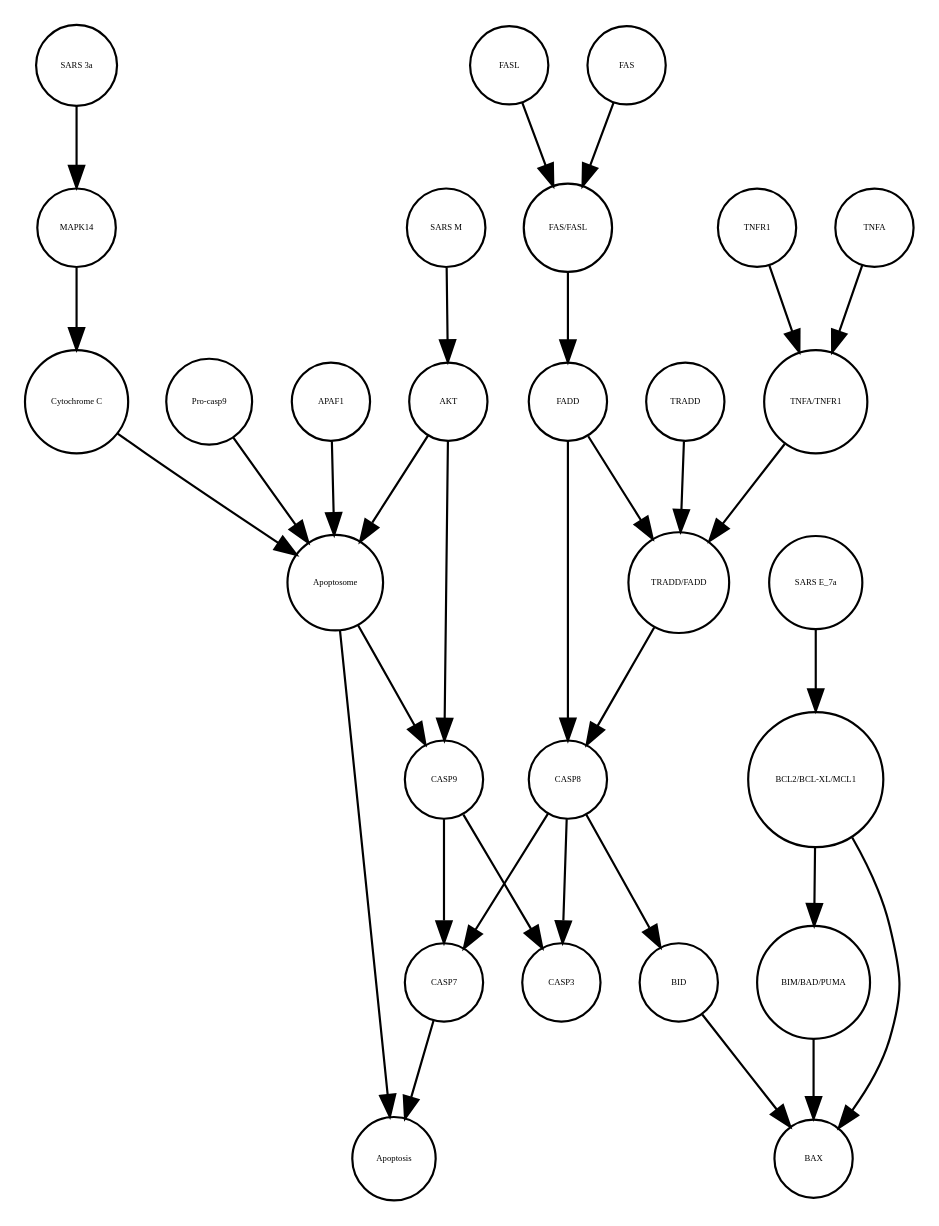
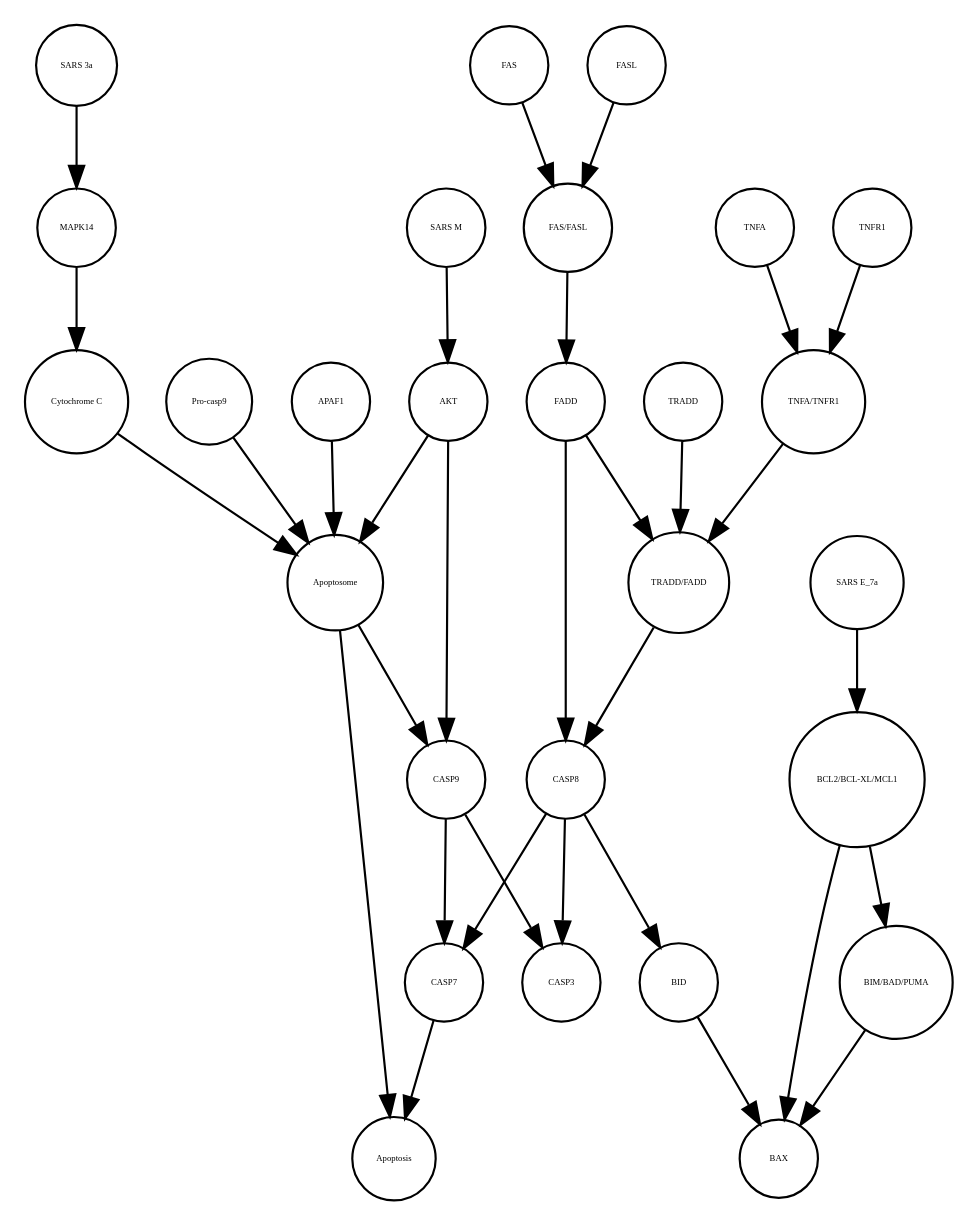
The diagram in Apoptosis_VS_SSA_AN.xml_projected.dot (cannin/covid19-sbgn), drawn with Graphviz before and after one commit. The commit also changed other lines of this file and 620 other files, not shown here.

```diff
--- a/Apoptosis_VS_SSA_AN.xml_projected.dot
+++ b/Apoptosis_VS_SSA_AN.xml_projected.dot
@@ -1,60 +1,60 @@
 strict digraph  {
 CASP7 [annotation="", bipartite=0, cls=macromolecule, fontsize=4, label=CASP7, shape=circle];
 Apoptosis [annotation="", bipartite=0, cls=phenotype, fontsize=4, label=Apoptosis, shape=circle];
 Apoptosome [annotation="", bipartite=0, cls=complex, fontsize=4, label=Apoptosome, shape=circle];
 CASP9 [annotation="", bipartite=0, cls=macromolecule, fontsize=4, label=CASP9, shape=circle];
+"SARS 3a" [annotation="", bipartite=0, cls=macromolecule, fontsize=4, label="SARS 3a", shape=circle];
+CASP8 [annotation="", bipartite=0, cls=macromolecule, fontsize=4, label=CASP8, shape=circle];
+CASP3 [annotation="", bipartite=0, cls=macromolecule, fontsize=4, label=CASP3, shape=circle];
+"FAS/FASL" [annotation="", bipartite=0, cls=complex, fontsize=4, label="FAS/FASL", shape=circle];
 TRADD [annotation="", bipartite=0, cls=macromolecule, fontsize=4, label=TRADD, shape=circle];
+"SARS E_7a" [annotation="", bipartite=0, cls=macromolecule, fontsize=4, label="SARS E_7a", shape=circle];
+"TRADD/FADD" [annotation="", bipartite=0, cls=complex, fontsize=4, label="TRADD/FADD", shape=circle];
+APAF1 [annotation="", bipartite=0, cls=macromolecule, fontsize=4, label=APAF1, shape=circle];
+BID [annotation="", bipartite=0, cls=macromolecule, fontsize=4, label=BID, shape=circle];
+"SARS M" [annotation="", bipartite=0, cls=macromolecule, fontsize=4, label="SARS M", shape=circle];
+"BCL2/BCL-XL/MCL1" [annotation="", bipartite=0, cls=complex, fontsize=4, label="BCL2/BCL-XL/MCL1", shape=circle];
+"TNFA/TNFR1" [annotation="", bipartite=0, cls=complex, fontsize=4, label="TNFA/TNFR1", shape=circle];
+AKT [annotation="", bipartite=0, cls=macromolecule, fontsize=4, label=AKT, shape=circle];
+FASL [annotation="", bipartite=0, cls=macromolecule, fontsize=4, label=FASL, shape=circle];
+"Pro-casp9" [annotation="", bipartite=0, cls=macromolecule, fontsize=4, label="Pro-casp9", shape=circle];
+FADD [annotation="", bipartite=0, cls=macromolecule, fontsize=4, label=FADD, shape=circle];
+TNFA [annotation="", bipartite=0, cls=macromolecule, fontsize=4, label=TNFA, shape=circle];
 "BIM/BAD/PUMA" [annotation="", bipartite=0, cls=complex, fontsize=4, label="BIM/BAD/PUMA", shape=circle];
-"SARS E_7a" [annotation="", bipartite=0, cls=macromolecule, fontsize=4, label="SARS E_7a", shape=circle];
-"TNFA/TNFR1" [annotation="", bipartite=0, cls=complex, fontsize=4, label="TNFA/TNFR1", shape=circle];
-"FAS/FASL" [annotation="", bipartite=0, cls=complex, fontsize=4, label="FAS/FASL", shape=circle];
-CASP8 [annotation="", bipartite=0, cls=macromolecule, fontsize=4, label=CASP8, shape=circle];
+BAX [annotation="", bipartite=0, cls=macromolecule, fontsize=4, label=BAX, shape=circle];
 MAPK14 [annotation="", bipartite=0, cls=macromolecule, fontsize=4, label=MAPK14, shape=circle];
+TNFR1 [annotation="", bipartite=0, cls=macromolecule, fontsize=4, label=TNFR1, shape=circle];
+"Cytochrome C" [annotation="", bipartite=0, cls=macromolecule, fontsize=4, label="Cytochrome C", shape=circle];
 FAS [annotation="", bipartite=0, cls=macromolecule, fontsize=4, label=FAS, shape=circle];
-"BCL2/BCL-XL/MCL1" [annotation="", bipartite=0, cls=complex, fontsize=4, label="BCL2/BCL-XL/MCL1", shape=circle];
-CASP3 [annotation="", bipartite=0, cls=macromolecule, fontsize=4, label=CASP3, shape=circle];
-"Cytochrome C" [annotation="", bipartite=0, cls=macromolecule, fontsize=4, label="Cytochrome C", shape=circle];
-"TRADD/FADD" [annotation="", bipartite=0, cls=complex, fontsize=4, label="TRADD/FADD", shape=circle];
-TNFR1 [annotation="", bipartite=0, cls=macromolecule, fontsize=4, label=TNFR1, shape=circle];
-FASL [annotation="", bipartite=0, cls=macromolecule, fontsize=4, label=FASL, shape=circle];
-"SARS 3a" [annotation="", bipartite=0, cls=macromolecule, fontsize=4, label="SARS 3a", shape=circle];
-TNFA [annotation="", bipartite=0, cls=macromolecule, fontsize=4, label=TNFA, shape=circle];
-"SARS M" [annotation="", bipartite=0, cls=macromolecule, fontsize=4, label="SARS M", shape=circle];
-FADD [annotation="", bipartite=0, cls=macromolecule, fontsize=4, label=FADD, shape=circle];
-AKT [annotation="", bipartite=0, cls=macromolecule, fontsize=4, label=AKT, shape=circle];
-BID [annotation="", bipartite=0, cls=macromolecule, fontsize=4, label=BID, shape=circle];
-"Pro-casp9" [annotation="", bipartite=0, cls=macromolecule, fontsize=4, label="Pro-casp9", shape=circle];
-BAX [annotation="", bipartite=0, cls=macromolecule, fontsize=4, label=BAX, shape=circle];
-APAF1 [annotation="", bipartite=0, cls=macromolecule, fontsize=4, label=APAF1, shape=circle];
 CASP7 -> Apoptosis  [annotation="", interaction_type=stimulation];
 Apoptosome -> Apoptosis  [annotation="", interaction_type=stimulation];
 Apoptosome -> CASP9  [annotation="urn_miriam_kegg.pathway_hsa04210", interaction_type=catalysis];
 CASP9 -> CASP3  [annotation="urn_miriam_kegg.pathway_hsa04210", interaction_type=catalysis];
 CASP9 -> CASP7  [annotation="urn_miriam_kegg.pathway_hsa04210", interaction_type=catalysis];
+"SARS 3a" -> MAPK14  [annotation=urn_miriam_pubmed_31226023, interaction_type=catalysis];
+CASP8 -> CASP3  [annotation="urn_miriam_kegg.pathway_hsa04210", interaction_type=catalysis];
+CASP8 -> BID  [annotation="urn_miriam_kegg.pathway_hsa04210", interaction_type=catalysis];
+CASP8 -> CASP7  [annotation="urn_miriam_kegg.pathway_hsa04210", interaction_type=catalysis];
+"FAS/FASL" -> FADD  [annotation="urn_miriam_kegg.pathway_hsa04210", interaction_type=catalysis];
 TRADD -> "TRADD/FADD"  [annotation="", interaction_type=production];
-"BIM/BAD/PUMA" -> BAX  [annotation=urn_miriam_pubmed_31226023, interaction_type=catalysis];
 "SARS E_7a" -> "BCL2/BCL-XL/MCL1"  [annotation="", interaction_type=inhibition];
+"TRADD/FADD" -> CASP8  [annotation="urn_miriam_kegg.pathway_hsa04210", interaction_type=catalysis];
+APAF1 -> Apoptosome  [annotation="", interaction_type=production];
+BID -> BAX  [annotation=urn_miriam_pubmed_31226023, interaction_type=catalysis];
+"SARS M" -> AKT  [annotation=urn_miriam_pubmed_31226023, interaction_type=inhibition];
+"BCL2/BCL-XL/MCL1" -> "BIM/BAD/PUMA"  [annotation="", interaction_type=inhibition];
+"BCL2/BCL-XL/MCL1" -> BAX  [annotation=urn_miriam_pubmed_31226023, interaction_type=inhibition];
 "TNFA/TNFR1" -> "TRADD/FADD"  [annotation="urn_miriam_kegg.pathway_hsa04210", interaction_type=catalysis];
-"FAS/FASL" -> FADD  [annotation="urn_miriam_kegg.pathway_hsa04210", interaction_type=catalysis];
-CASP8 -> CASP3  [annotation="urn_miriam_kegg.pathway_hsa04210", interaction_type=catalysis];
-CASP8 -> CASP7  [annotation="urn_miriam_kegg.pathway_hsa04210", interaction_type=catalysis];
-CASP8 -> BID  [annotation="urn_miriam_kegg.pathway_hsa04210", interaction_type=catalysis];
-MAPK14 -> "Cytochrome C"  [annotation="urn_miriam_kegg.pathway_hsa04210|urn_miriam_pubmed_31226023", interaction_type=catalysis];
-FAS -> "FAS/FASL"  [annotation="", interaction_type=production];
-"BCL2/BCL-XL/MCL1" -> BAX  [annotation=urn_miriam_pubmed_31226023, interaction_type=inhibition];
-"BCL2/BCL-XL/MCL1" -> "BIM/BAD/PUMA"  [annotation="", interaction_type=inhibition];
-"Cytochrome C" -> Apoptosome  [annotation="", interaction_type=production];
-"TRADD/FADD" -> CASP8  [annotation="urn_miriam_kegg.pathway_hsa04210", interaction_type=catalysis];
-TNFR1 -> "TNFA/TNFR1"  [annotation="", interaction_type=production];
-FASL -> "FAS/FASL"  [annotation="", interaction_type=production];
-"SARS 3a" -> MAPK14  [annotation=urn_miriam_pubmed_31226023, interaction_type=catalysis];
-TNFA -> "TNFA/TNFR1"  [annotation="", interaction_type=production];
-"SARS M" -> AKT  [annotation=urn_miriam_pubmed_31226023, interaction_type=inhibition];
-FADD -> CASP8  [annotation="urn_miriam_kegg.pathway_hsa04210", interaction_type=catalysis];
-FADD -> "TRADD/FADD"  [annotation="", interaction_type=production];
 AKT -> CASP9  [annotation="urn_miriam_kegg.pathway_hsa04210", interaction_type=inhibition];
 AKT -> Apoptosome  [annotation="urn_miriam_kegg.pathway_hsa04210", interaction_type=inhibition];
-BID -> BAX  [annotation=urn_miriam_pubmed_31226023, interaction_type=catalysis];
+FASL -> "FAS/FASL"  [annotation="", interaction_type=production];
 "Pro-casp9" -> Apoptosome  [annotation="", interaction_type=production];
-APAF1 -> Apoptosome  [annotation="", interaction_type=production];
+FADD -> "TRADD/FADD"  [annotation="", interaction_type=production];
+FADD -> CASP8  [annotation="urn_miriam_kegg.pathway_hsa04210", interaction_type=catalysis];
+TNFA -> "TNFA/TNFR1"  [annotation="", interaction_type=production];
+"BIM/BAD/PUMA" -> BAX  [annotation=urn_miriam_pubmed_31226023, interaction_type=catalysis];
+MAPK14 -> "Cytochrome C"  [annotation="urn_miriam_kegg.pathway_hsa04210|urn_miriam_pubmed_31226023", interaction_type=catalysis];
+TNFR1 -> "TNFA/TNFR1"  [annotation="", interaction_type=production];
+"Cytochrome C" -> Apoptosome  [annotation="", interaction_type=production];
+FAS -> "FAS/FASL"  [annotation="", interaction_type=production];
 }
```
